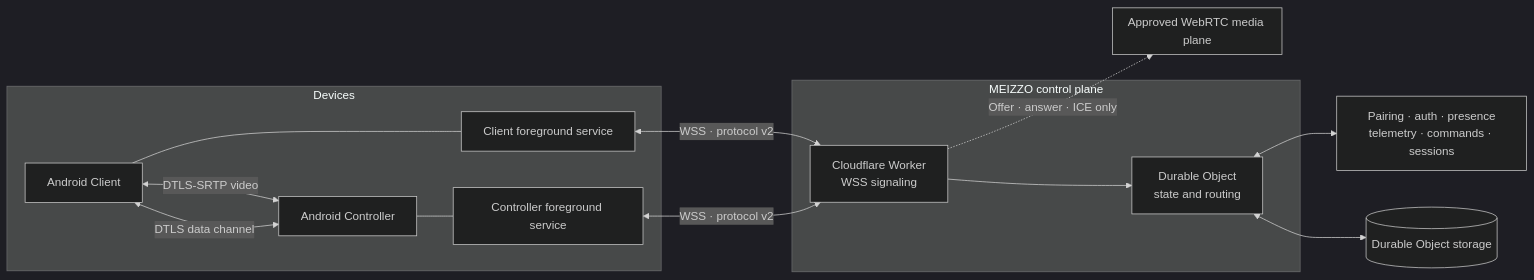
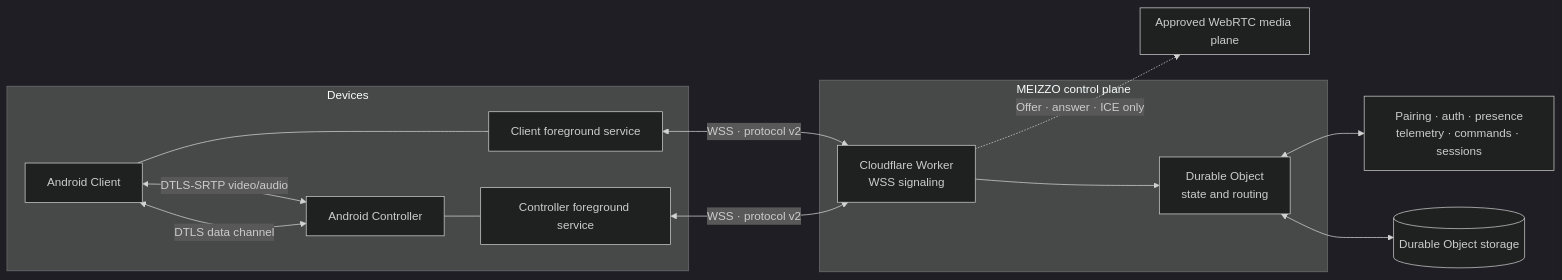
One commit to rakhan17/Meizzo changed the first of 2 diagrams in README.md. Above: the diagram before and after it, drawn with Mermaid (dark theme). The commit also changed other lines of this file, not shown here.

Commit message:
Update README with remote audio, keyboard, clipboard, and transfer capabilities

````diff
--- a/README.md
+++ b/README.md
@@ -152,28 +155,28 @@
 ```mermaid
 flowchart LR
   subgraph Devices
     C[Android Client]
     O[Android Controller]
     CS[Client foreground service]
     OS[Controller foreground service]
     C --- CS
     O --- OS
   end
 
   subgraph ControlPlane["MEIZZO control plane"]
     W[Cloudflare Worker<br/>WSS signaling]
     D[Durable Object<br/>state and routing]
     W --> D
   end
 
   subgraph MediaPlane["Approved WebRTC media plane"]
-    C <-->|DTLS-SRTP video| O
+    C <-->|DTLS-SRTP video/audio| O
     C <-->|DTLS data channel| O
   end
 
   CS <-->|WSS · protocol v2| W
   OS <-->|WSS · protocol v2| W
   D <--> P[Pairing · auth · presence<br/>telemetry · commands · sessions]
   D <--> S[(Durable Object storage)]
   W -.->|Offer · answer · ICE only| MediaPlane
 ```
````
